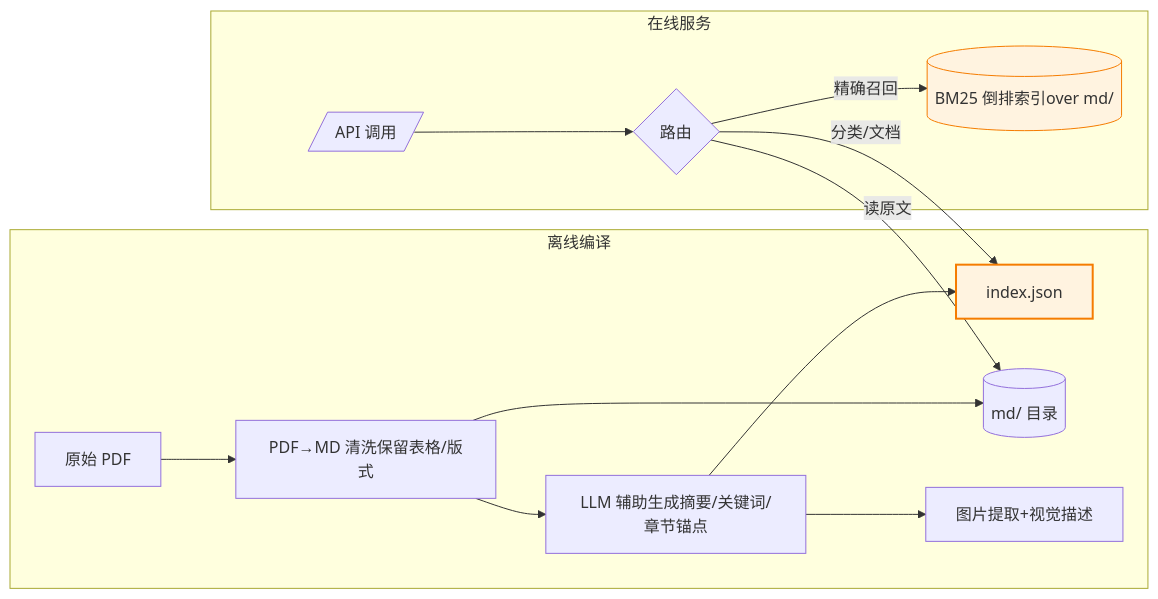
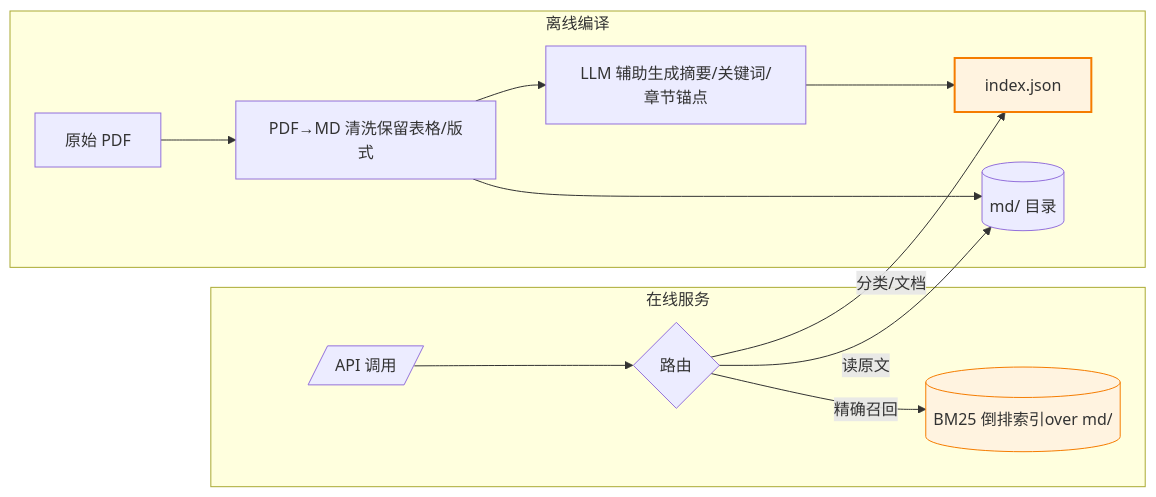
The second of 5 diagrams in docs/architecture_3layer.md (Laughingtt/kb-retrieval-sys), drawn with Mermaid before and after one commit. The commit also changed other lines of this file and 2 other files, not shown here.

````diff
--- a/docs/architecture_3layer.md
+++ b/docs/architecture_3layer.md
@@ -89,18 +91,17 @@
 ```mermaid
 flowchart LR
     subgraph 离线编译
         R1[原始 PDF] --> R2[PDF→MD 清洗保留表格/版式]
         R2 --> R3[LLM 辅助生成摘要/关键词/章节锚点]
         R3 --> R4[index.json]
         R2 --> R5[(md/ 目录)]
-        R3 --> R6[图片提取+视觉描述]
     end
     subgraph 在线服务
         Q[/API 调用/] --> S{路由}
         S -->|分类/文档| R4
         S -->|精确召回| BM[(BM25 倒排索引over md/)]
         S -->|读原文| R5
     end
     style R4 fill:#fff3e0,stroke:#f57c00,stroke-width:2px
     style BM fill:#fff3e0,stroke:#f57c00
 ```
````
